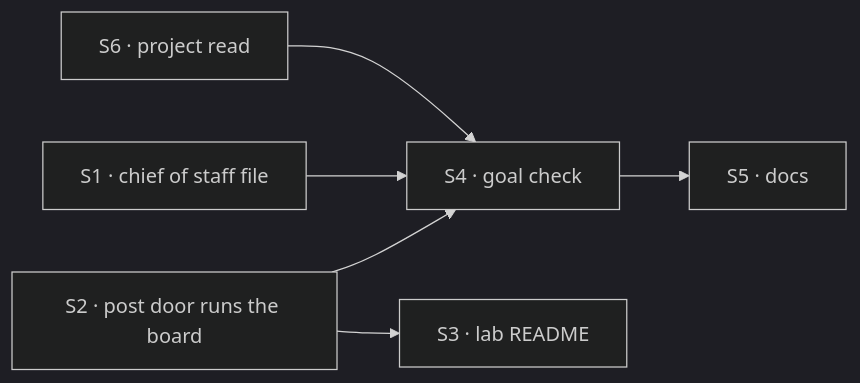
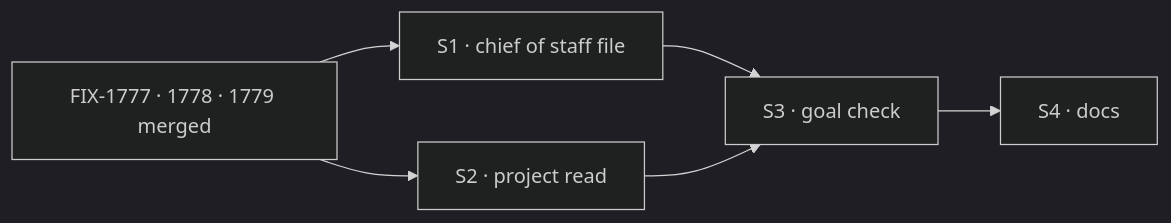
Before and after one commit to fixpoint-labs/flow-state-dev: the diagram in specs/issues/FIX-1774/PLAN.md, drawn with Mermaid (dark theme). The commit also changed other lines of this file and 7 other files, not shown here.

````diff
--- a/specs/issues/FIX-1774/PLAN.md
+++ b/specs/issues/FIX-1774/PLAN.md
@@ -22,8 +34,8 @@
 ```mermaid
 flowchart LR
-  S2["S2 · post door runs the board"] --> S4["S4 · goal check"]
-  S1["S1 · chief of staff file"] --> S4
-  S6["S6 · project read"] --> S4
-  S2 --> S3["S3 · lab README"]
-  S4 --> S5["S5 · docs"]
+  D["FIX-1777 · 1778 · 1779 merged"] --> S1["S1 · chief of staff file"]
+  D --> S2["S2 · project read"]
+  S1 --> S3["S3 · goal check"]
+  S2 --> S3
+  S3 --> S4["S4 · docs"]
 ```
````
